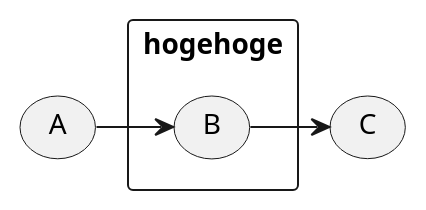
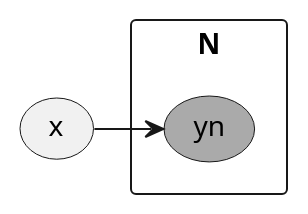
Before and after one commit to kitfactory/paper: the third of 7 diagrams in bayse.md, drawn with PlantUML. The commit also changed other lines of this file, not shown here.

````diff
--- a/bayse.md
+++ b/bayse.md
@@ -71,12 +123,10 @@
 ```plantuml
 @startuml
 
-usecase A
-usecase C
-
-rectangle hogehoge{
-A->(B)
-(B)->C
+(x)
+rectangle N{
+(x)->(yn)
 }
+(yn)  #AAAAAA
 @enduml
 ```
````
